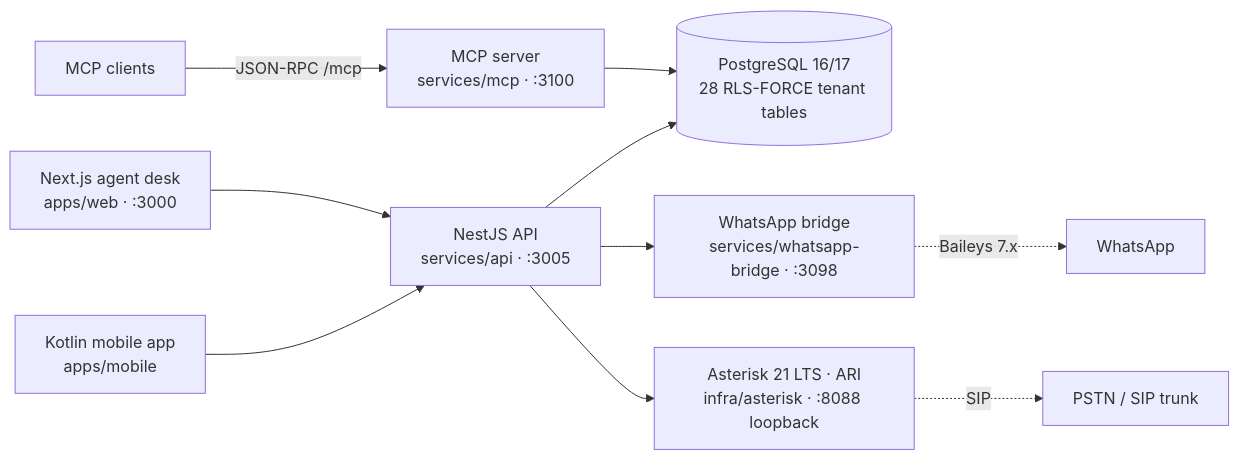
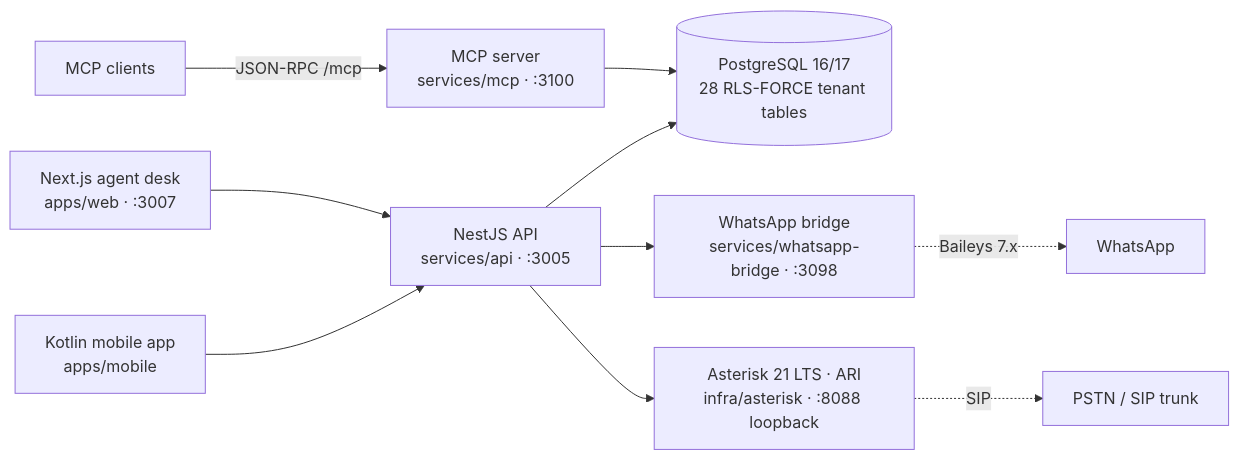
Before and after one commit to iamsrishanth/OpenTeleCRM: the diagram in README.md, drawn with Mermaid. The commit also changed other lines of this file and 4 other files, not shown here.

````diff
--- a/README.md
+++ b/README.md
@@ -83,12 +83,12 @@
 ```mermaid
 flowchart LR
-    WEB[Next.js agent desk<br/>apps/web · :3000] --> API[NestJS API<br/>services/api · :3005]
+    WEB[Next.js agent desk<br/>apps/web · :3007] --> API[NestJS API<br/>services/api · :3005]
     MOB[Kotlin mobile app<br/>apps/mobile] --> API
     MCPC[MCP clients] -->|JSON-RPC /mcp| MCP[MCP server<br/>services/mcp · :3100]
     API --> DB[(PostgreSQL 16/17<br/>28 RLS-FORCE tenant tables)]
     MCP --> DB
     API --> BRIDGE[WhatsApp bridge<br/>services/whatsapp-bridge · :3098]
     BRIDGE -.->|Baileys 7.x| WA[WhatsApp]
     API --> ARI[Asterisk 21 LTS · ARI<br/>infra/asterisk · :8088 loopback]
     ARI -.->|SIP| PSTN[PSTN / SIP trunk]
 ```
````
